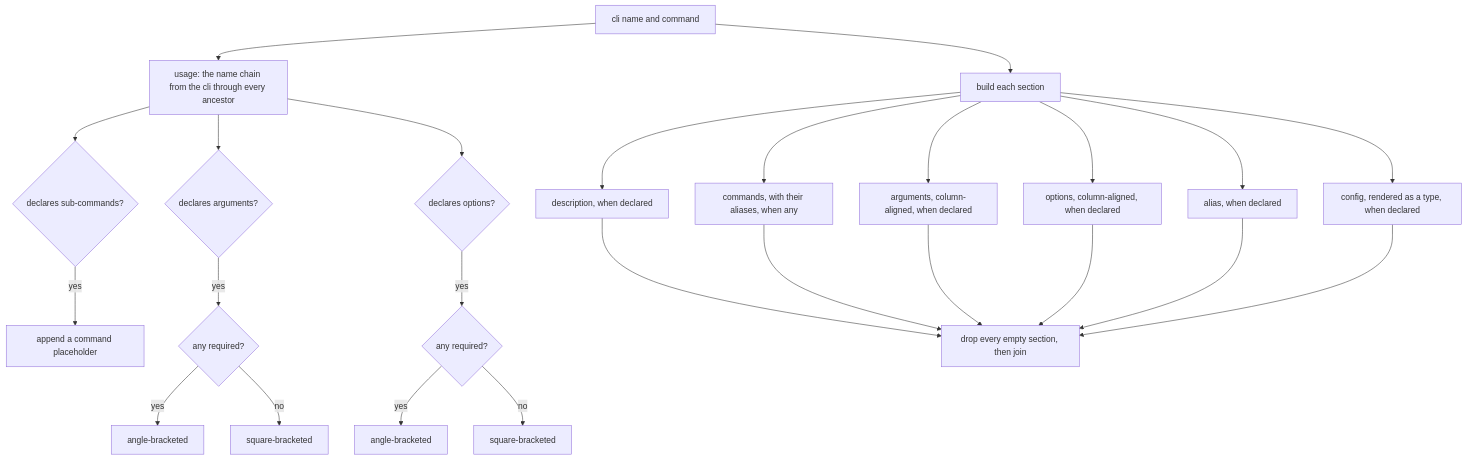
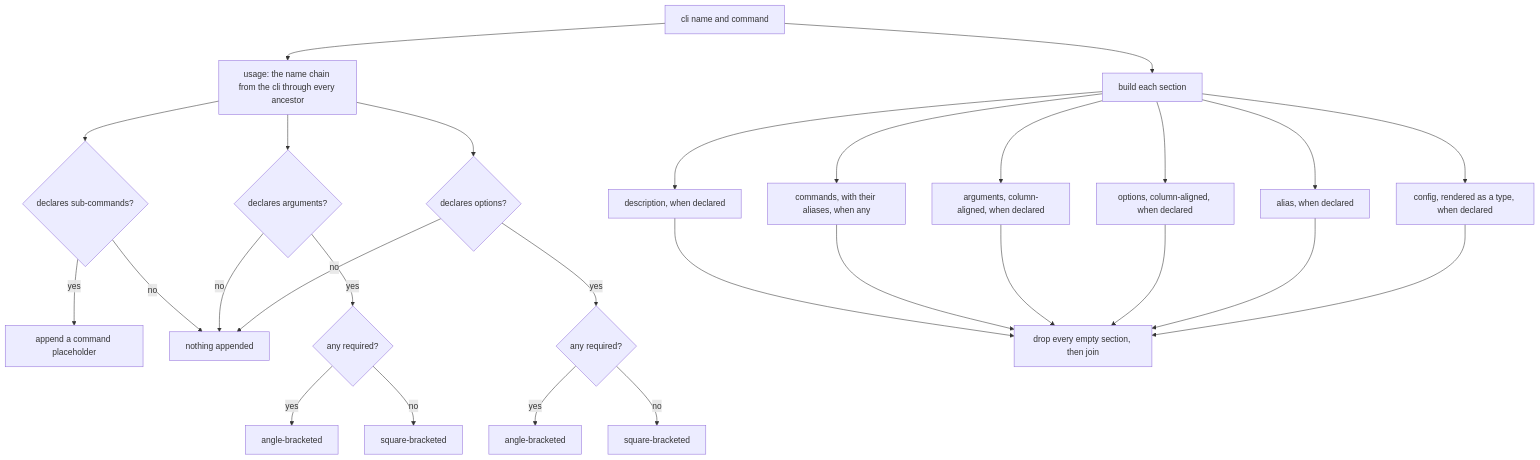
Before and after one commit to clibuilder/clibuilder: the second of 6 diagrams in packages/clibuilder/.agents/spec/presentation/README.md, drawn with Mermaid. The commit also changed other lines of this file, not shown here.

````diff
--- a/packages/clibuilder/.agents/spec/presentation/README.md
+++ b/packages/clibuilder/.agents/spec/presentation/README.md
@@ -197,27 +210,30 @@
 ```mermaid
 graph TD
   H[cli name and command] --> U[usage: the name chain from the cli through every ancestor]
   U --> SUB{declares sub-commands?}
   SUB -- yes --> UC["append a command placeholder"]
+  SUB -- no --> UN[nothing appended]
   U --> AR{declares arguments?}
+  AR -- no --> UN
   AR -- yes --> ARQ{any required?}
   ARQ -- yes --> ARR[angle-bracketed]
   ARQ -- no --> ARO[square-bracketed]
   U --> OP{declares options?}
+  OP -- no --> UN
   OP -- yes --> OPQ{any required?}
   OPQ -- yes --> OPR[angle-bracketed]
   OPQ -- no --> OPO[square-bracketed]
   H --> S[build each section]
   S --> SD[description, when declared]
   S --> SC[commands, with their aliases, when any]
   S --> SA[arguments, column-aligned, when declared]
   S --> SO[options, column-aligned, when declared]
   S --> SL2[alias, when declared]
   S --> SG[config, rendered as a type, when declared]
   SD --> F[drop every empty section, then join]
   SC --> F
   SA --> F
   SO --> F
   SL2 --> F
   SG --> F
 ```
````
